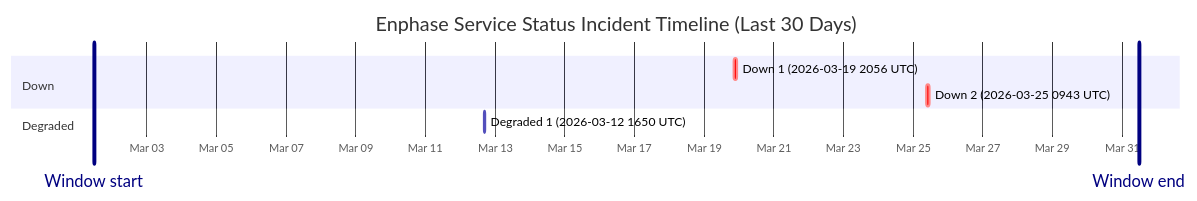
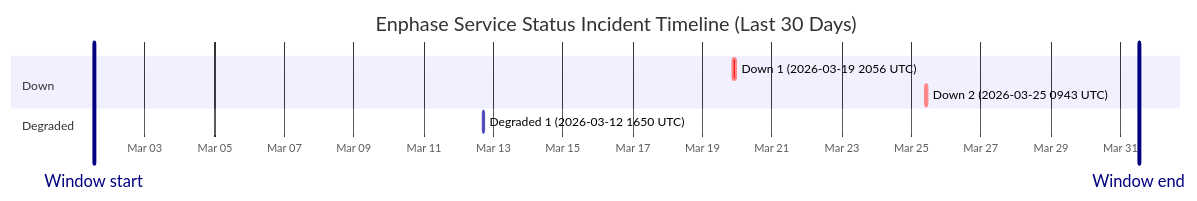
One commit to barneyonline/ha-enphase-ev-charger changed the diagram in wiki/Service-Status-History.md. Above: the diagram before and after it, drawn with Mermaid. The commit also changed other lines of this file and 3 other files, not shown here.

````diff
--- a/wiki/Service-Status-History.md
+++ b/wiki/Service-Status-History.md
@@ -14,13 +14,13 @@
 ```mermaid
 gantt
     title Enphase Service Status Incident Timeline (Last 30 Days)
     dateFormat  YYYY-MM-DDTHH:mm:ss
     axisFormat  %b %d
-    Window start :vert, window-start, 2026-03-01T11:41:08, 0ms
-    Window end :vert, window-end, 2026-03-31T11:41:08, 0ms
+    Window start :vert, window-start, 2026-03-01T12:55:15, 0ms
+    Window end :vert, window-end, 2026-03-31T12:55:15, 0ms
     section Down
     Down 1 (2026-03-19 2056 UTC) :crit, down-1, 2026-03-19T20:56:20, 145m
     Down 2 (2026-03-25 0943 UTC) :crit, down-2, 2026-03-25T09:43:28, 111m
     section Degraded
     Degraded 1 (2026-03-12 1650 UTC) :active, degraded-1, 2026-03-12T16:50:43, 60m
 ```
````
